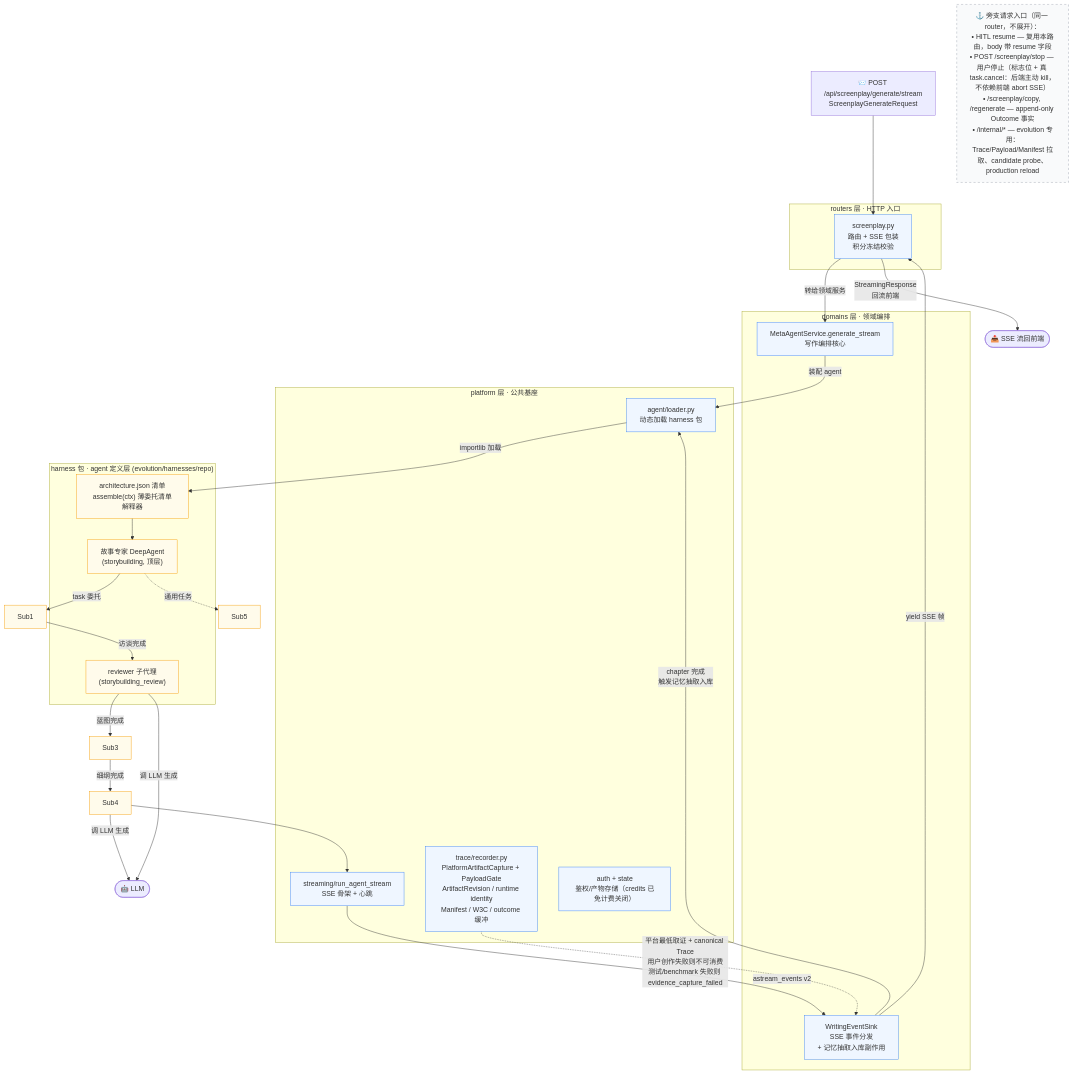
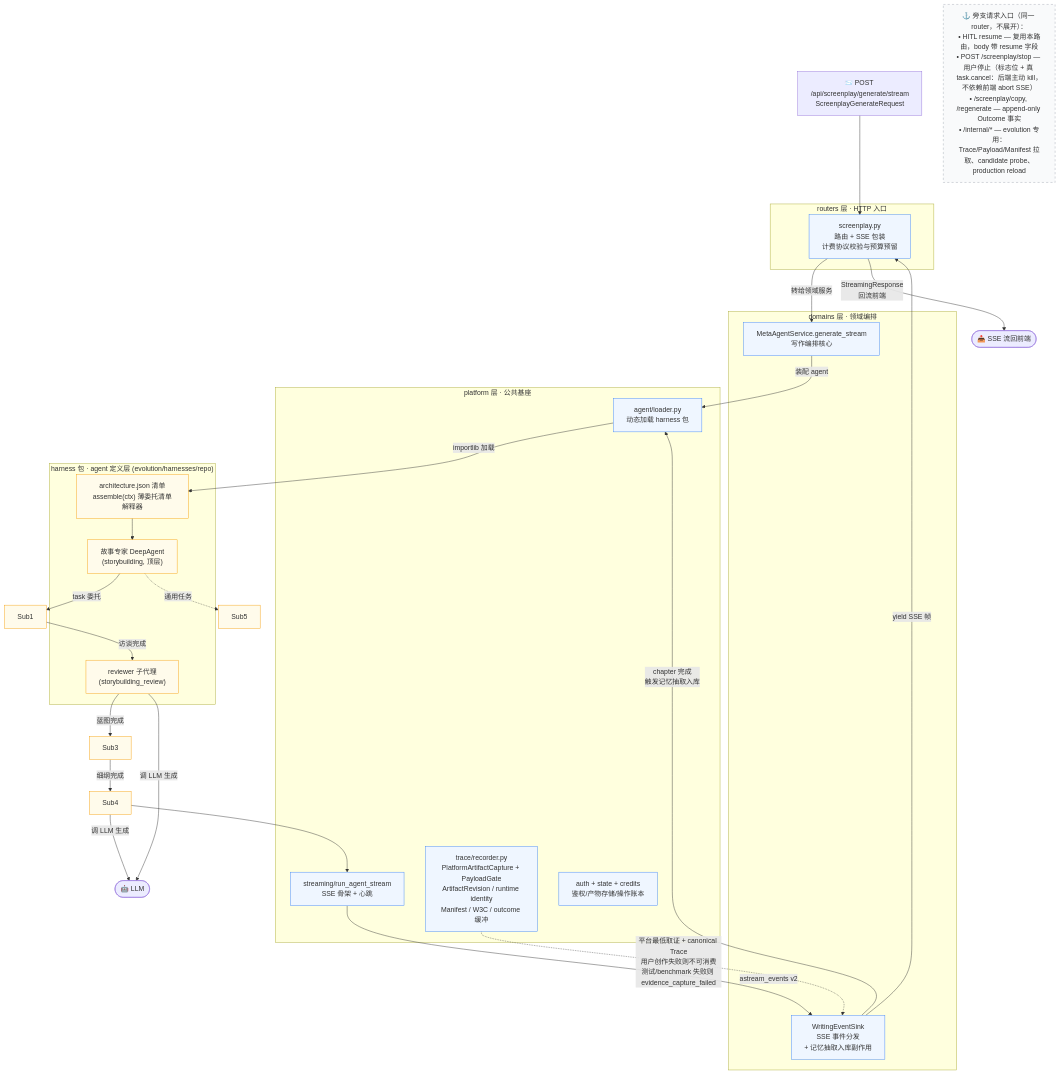
One commit to gaoshoupaper-code/EvoWriter changed the second of 9 diagrams in docs/系统心智模型.md. Above: the diagram before and after it, drawn with Mermaid. The commit also changed other lines of this file and 72 other files, not shown here.

````diff
--- a/docs/系统心智模型.md
+++ b/docs/系统心智模型.md
@@ -186,61 +189,61 @@
 ```mermaid
 flowchart TD
     Req["📨 POST /api/screenplay/generate/stream<br/>ScreenplayGenerateRequest"]
 
     subgraph L_Routers["routers 层 · HTTP 入口"]
-        R1["screenplay.py<br/>路由 + SSE 包装<br/>积分冻结校验"]
+        R1["screenplay.py<br/>路由 + SSE 包装<br/>计费协议校验与预算预留"]
     end
 
     subgraph L_Domains["domains 层 · 领域编排"]
         D1["MetaAgentService.generate_stream<br/>写作编排核心"]
         D2["WritingEventSink<br/>SSE 事件分发<br/>+ 记忆抽取入库副作用"]
     end
 
     subgraph L_Platform["platform 层 · 公共基座"]
         P1["agent/loader.py<br/>动态加载 harness 包"]
         P2["streaming/run_agent_stream<br/>SSE 骨架 + 心跳"]
         P3["trace/recorder.py<br/>PlatformArtifactCapture + PayloadGate<br/>ArtifactRevision / runtime identity<br/>Manifest / W3C / outcome 缓冲"]
-        P4["auth + state<br/>鉴权/产物存储（credits 已免计费关闭）"]
+        P4["auth + state + credits<br/>鉴权/产物存储/操作账本"]
     end
 
     subgraph L_Harness["harness 包 · agent 定义层 (evolution/harnesses/repo)"]
         H1["architecture.json 清单<br/>assemble(ctx) 薄委托清单解释器"]
         Meta["故事专家 DeepAgent<br/>(storybuilding, 顶层)"]
         Sub2["reviewer 子代理<br/>(storybuilding_review)"]
     end
 
     LLM(["🤖 LLM"])
 
     %% 主线
     Req --> R1
     R1 -->|"转给领域服务"| D1
     D1 -->|"装配 agent"| P1
     P1 -->|"importlib 加载"| H1
     H1 --> Meta
     Meta -->|"task 委托"| Sub1
     Sub1 -->|"访谈完成"| Sub2
     Sub2 -->|"蓝图完成"| Sub3
     Sub3 -->|"细纲完成"| Sub4
     Meta -.->|"通用任务"| Sub5
     Sub4 --> P2
     Sub2 & Sub4 -->|"调 LLM 生成"| LLM
 
     %% 回流
     P2 -->|"astream_events v2"| D2
     D2 -->|"yield SSE 帧"| R1
     P3 -.->|"平台最低取证 + canonical Trace<br/>用户创作失败则不可消费<br/>测试/benchmark 失败则 evidence_capture_failed"| D2
     D2 -->|"chapter 完成<br/>触发记忆抽取入库"| P1
 
     R1 -->|"StreamingResponse<br/>回流前端"| Out(["📤 SSE 流回前端"])
 
     %% 旁支锚点
     Anchor["⚓ 旁支请求入口（同一 router，不展开）：<br/>• HITL resume — 复用本路由，body 带 resume 字段<br/>• POST /screenplay/stop — 用户停止（标志位 + 真 task.cancel：后端主动 kill，不依赖前端 abort SSE）<br/>• /screenplay/copy, /regenerate — append-only Outcome 事实<br/>• /internal/* — evolution 专用：Trace/Payload/Manifest 拉取、candidate probe、production reload"]
 
     classDef layer fill:#eff6ff,stroke:#3b82f6
     classDef harness fill:#fffbeb,stroke:#f59e0b
     classDef anchor fill:#f9fafb,stroke:#9ca3af,stroke-dasharray: 5 5
 
     class R1,D1,D2,P1,P2,P3,P4 layer
     class H1,Meta,Sub1,Sub2,Sub3,Sub4,Sub5 harness
     class Anchor anchor
 ```
````
